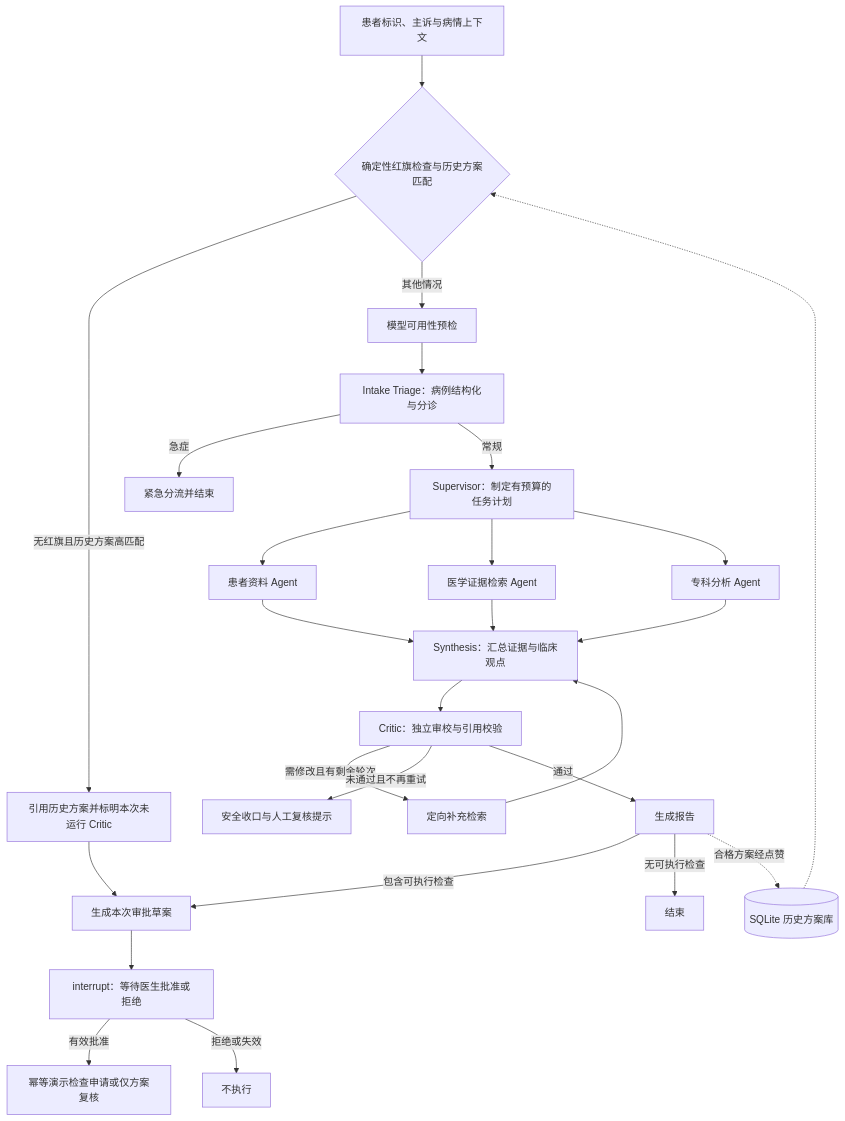
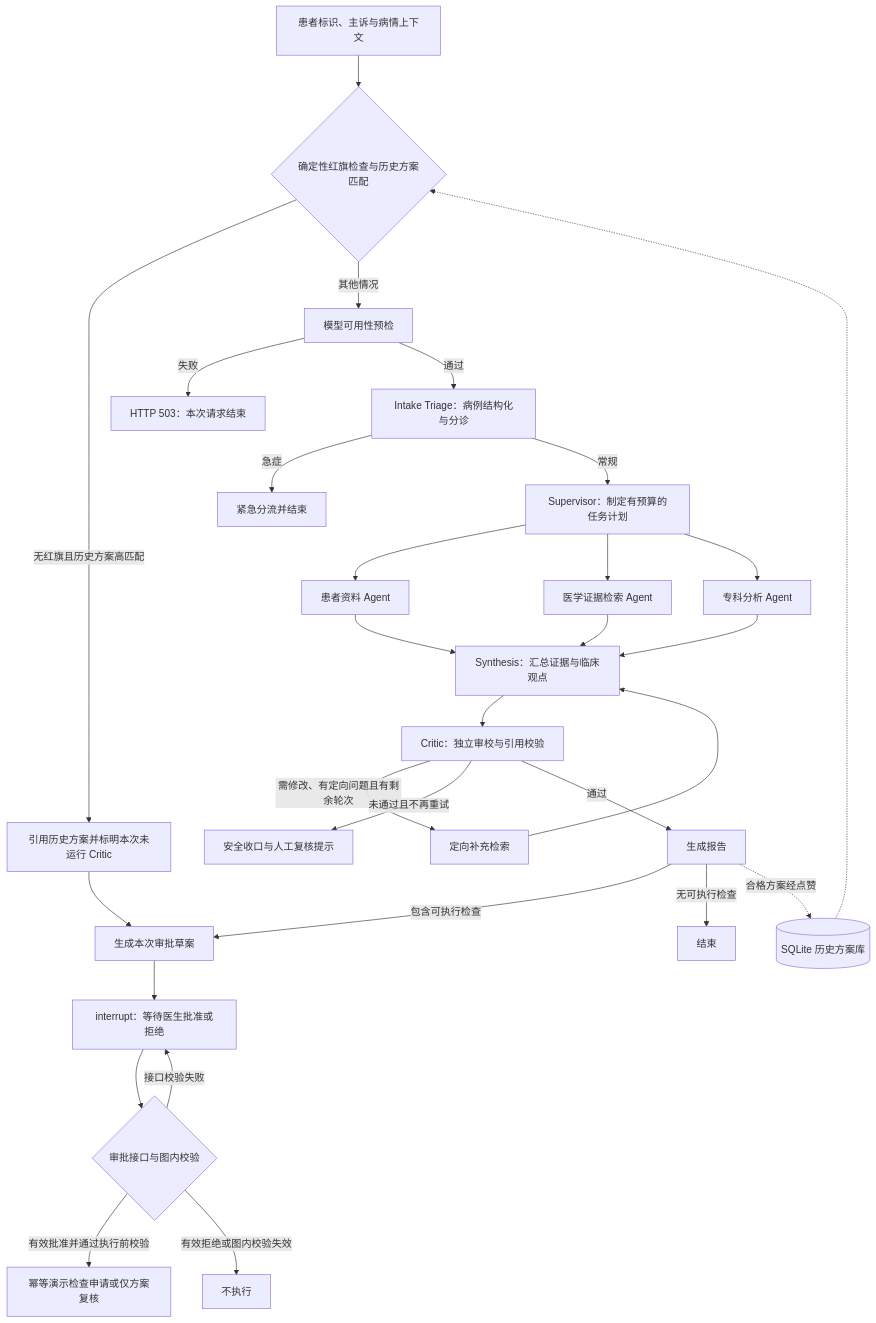
Before and after one commit to chenjuunm/TripleMed_medical-multi-agent: the first of 2 diagrams in README.md, drawn with Mermaid. The commit also changed other lines of this file, not shown here.

````diff
--- a/README.md
+++ b/README.md
@@ -11,28 +15,31 @@
 ```mermaid
 flowchart TD
     Input[患者标识、主诉与病情上下文] --> Check{确定性红旗检查与历史方案匹配}
     Check -->|无红旗且历史方案高匹配| Reuse[引用历史方案并标明本次未运行 Critic]
     Check -->|其他情况| Preflight[模型可用性预检]
-    Preflight --> Triage[Intake Triage：病例结构化与分诊]
+    Preflight -->|失败| Unavailable[HTTP 503：本次请求结束]
+    Preflight -->|通过| Triage[Intake Triage：病例结构化与分诊]
     Triage -->|急症| Emergency[紧急分流并结束]
     Triage -->|常规| Supervisor[Supervisor：制定有预算的任务计划]
     Supervisor --> Patient[患者资料 Agent]
     Supervisor --> Knowledge[医学证据检索 Agent]
     Supervisor --> Specialist[专科分析 Agent]
     Patient --> Synthesis[Synthesis：汇总证据与临床观点]
     Knowledge --> Synthesis
     Specialist --> Synthesis
     Synthesis --> Critic[Critic：独立审校与引用校验]
-    Critic -->|需修改且有剩余轮次| Review[定向补充检索]
+    Critic -->|需修改、有定向问题且有剩余轮次| Review[定向补充检索]
     Review --> Synthesis
     Critic -->|未通过且不再重试| Safe[安全收口与人工复核提示]
     Critic -->|通过| Report[生成报告]
     Report -->|包含可执行检查| Proposal[生成本次审批草案]
     Report -->|无可执行检查| Done[结束]
     Reuse --> Proposal
     Proposal --> HITL[interrupt：等待医生批准或拒绝]
-    HITL -->|有效批准| Execute[幂等演示检查申请或仅方案复核]
-    HITL -->|拒绝或失效| Stop[不执行]
+    HITL --> Gate{审批接口与图内校验}
+    Gate -->|接口校验失败| HITL
+    Gate -->|有效批准并通过执行前校验| Execute[幂等演示检查申请或仅方案复核]
+    Gate -->|有效拒绝或图内校验失效| Stop[不执行]
     Report -.->|合格方案经点赞| KB[(SQLite 历史方案库)]
     KB -.-> Check
 ```
````
